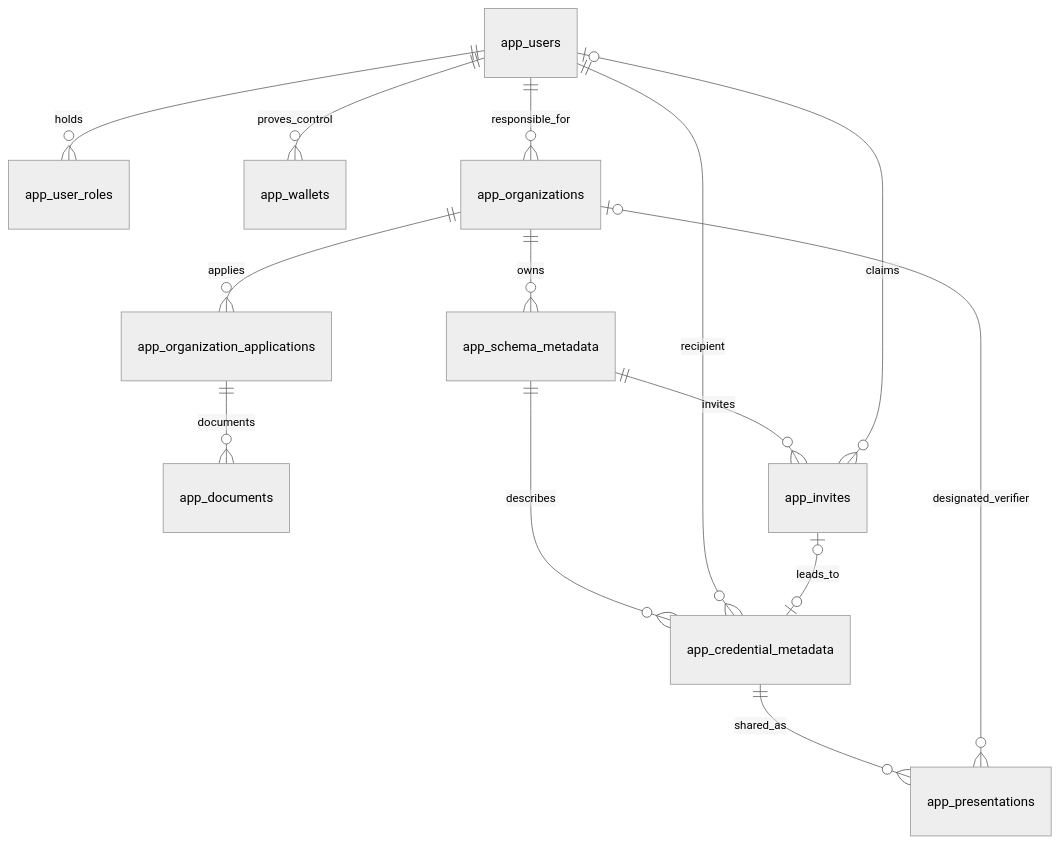
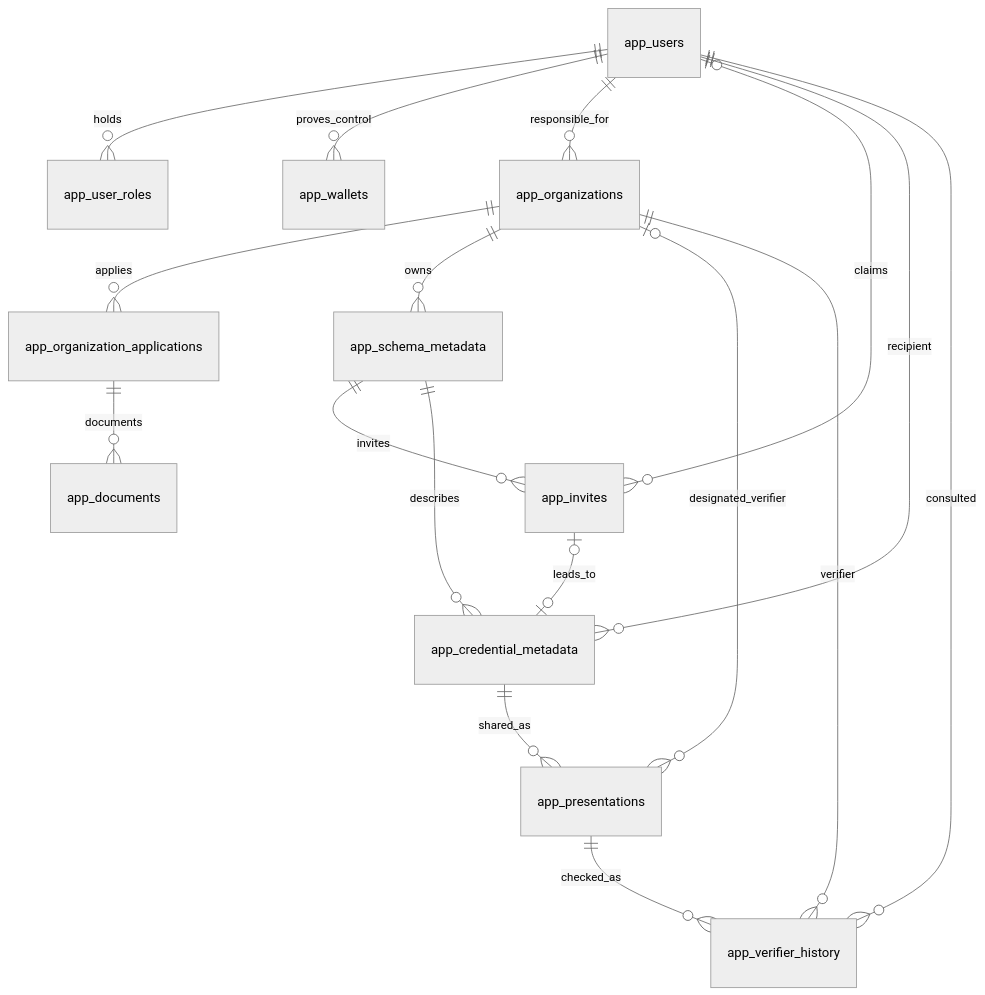
One commit to Sanka-D/XCS changed the diagram in docs/database-app.md. Above: the diagram before and after it, drawn with Mermaid (neutral theme). The commit also changed other lines of this file and 78 other files, not shown here.

````diff
--- a/docs/database-app.md
+++ b/docs/database-app.md
@@ -36,16 +44,19 @@
 ```mermaid
 erDiagram
     app_users ||--o{ app_user_roles : holds
     app_users ||--o{ app_wallets : proves_control
     app_users ||--o{ app_organizations : responsible_for
     app_organizations ||--o{ app_organization_applications : applies
     app_organization_applications ||--o{ app_documents : documents
     app_organizations ||--o{ app_schema_metadata : owns
     app_schema_metadata ||--o{ app_invites : invites
     app_users o|--o{ app_invites : claims
     app_schema_metadata ||--o{ app_credential_metadata : describes
     app_users ||--o{ app_credential_metadata : recipient
     app_invites o|--o| app_credential_metadata : leads_to
     app_credential_metadata ||--o{ app_presentations : shared_as
     app_organizations o|--o{ app_presentations : designated_verifier
+    app_presentations ||--o{ app_verifier_history : checked_as
+    app_users ||--o{ app_verifier_history : consulted
+    app_organizations ||--o{ app_verifier_history : verifier
 ```
````
